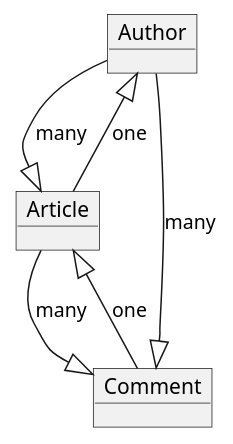
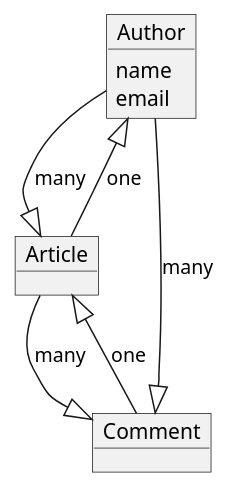
Before and after one commit to FantasticFiasco/sandbox-hateoas: the diagram in doc/resources/UML.md, drawn with PlantUML.

```diff
--- a/doc/resources/UML.md
+++ b/doc/resources/UML.md
@@ -4,14 +4,23 @@
 @startuml;
-object Author
-object Article
-object Comment
+object Author {
+    name
+    email
+}
+
+object Article {
+
+}
+
+object Comment {
+
+}
 
 Author --|> Article : many
 Article --|> Author : one
     
 Article --|> Comment : many
 Comment --|> Article : one
 
 Author --|> Comment : many
 
 @enduml
```
